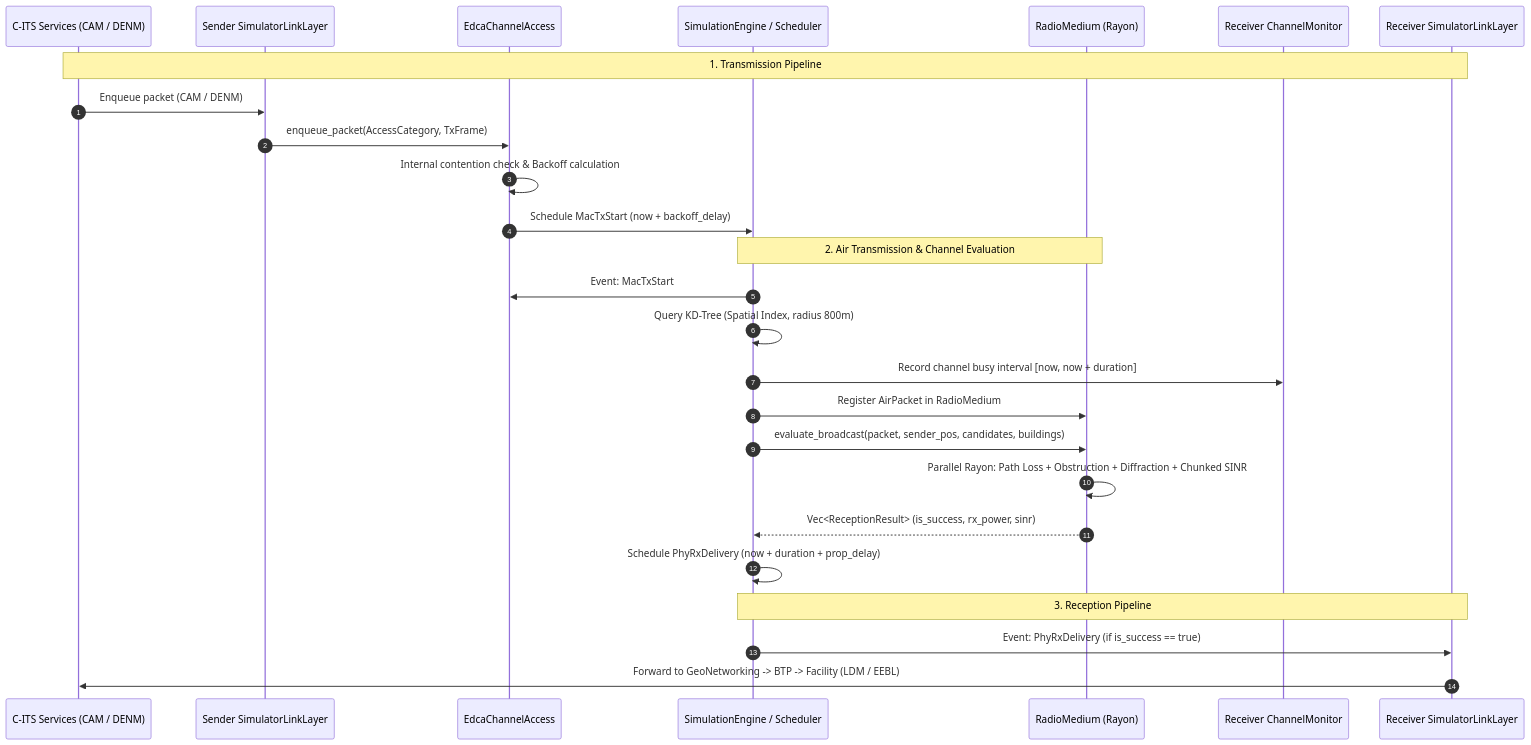
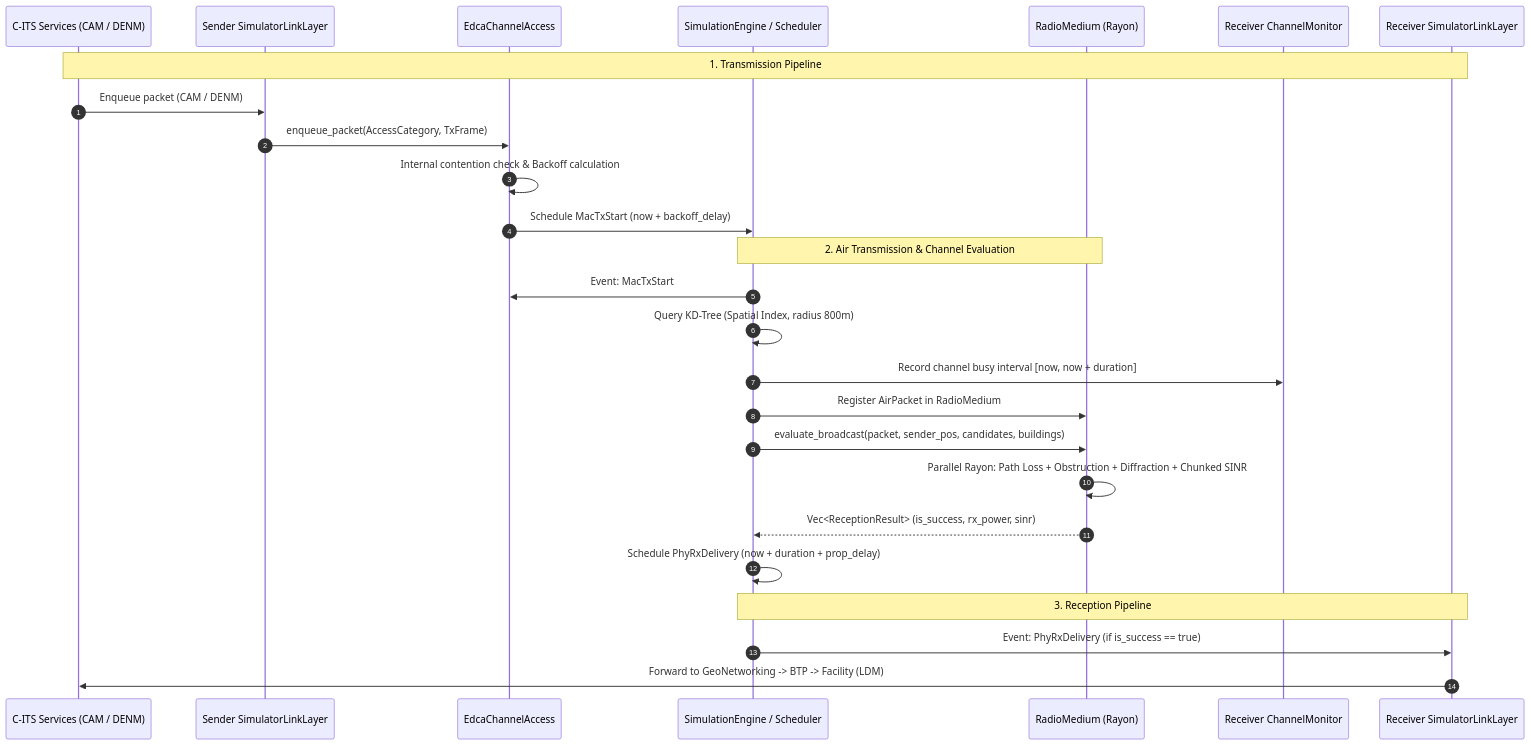
The first of 3 diagrams in docs/architecture/phy_and_mac_architecture.md (Fundacio-i2CAT/RustV2XSimulator), drawn with Mermaid before and after one commit. The commit also changed other lines of this file and 34 other files, not shown here.

````diff
--- a/docs/architecture/phy_and_mac_architecture.md
+++ b/docs/architecture/phy_and_mac_architecture.md
@@ -11,31 +11,31 @@
 ```mermaid
 sequenceDiagram
     autonumber
     participant App as C-ITS Services (CAM / DENM)
     participant TxLink as Sender SimulatorLinkLayer
     participant MAC as EdcaChannelAccess
     participant Engine as SimulationEngine / Scheduler
     participant PHY as RadioMedium (Rayon)
     participant RxMAC as Receiver ChannelMonitor
     participant RxLink as Receiver SimulatorLinkLayer
 
     Note over App,RxLink: 1. Transmission Pipeline
     App->>TxLink: Enqueue packet (CAM / DENM)
     TxLink->>MAC: enqueue_packet(AccessCategory, TxFrame)
     MAC->>MAC: Internal contention check & Backoff calculation
     MAC->>Engine: Schedule MacTxStart (now + backoff_delay)
     
     Note over Engine,PHY: 2. Air Transmission & Channel Evaluation
     Engine->>MAC: Event: MacTxStart
     Engine->>Engine: Query KD-Tree (Spatial Index, radius 800m)
     Engine->>RxMAC: Record channel busy interval [now, now + duration]
     Engine->>PHY: Register AirPacket in RadioMedium
     Engine->>PHY: evaluate_broadcast(packet, sender_pos, candidates, buildings)
     PHY->>PHY: Parallel Rayon: Path Loss + Obstruction + Diffraction + Chunked SINR
     PHY-->>Engine: Vec<ReceptionResult> (is_success, rx_power, sinr)
     Engine->>Engine: Schedule PhyRxDelivery (now + duration + prop_delay)
     
     Note over Engine,RxLink: 3. Reception Pipeline
     Engine->>RxLink: Event: PhyRxDelivery (if is_success == true)
-    RxLink->>App: Forward to GeoNetworking -> BTP -> Facility (LDM / EEBL)
+    RxLink->>App: Forward to GeoNetworking -> BTP -> Facility (LDM)
 ```
````
